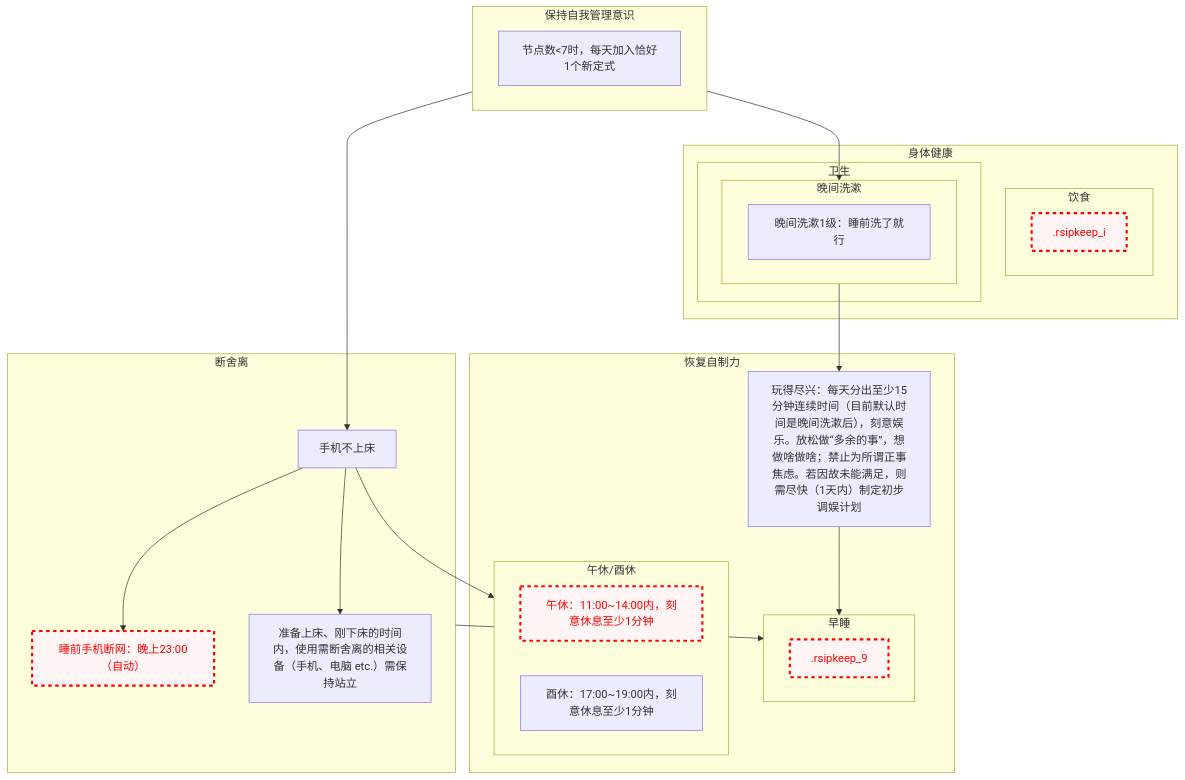
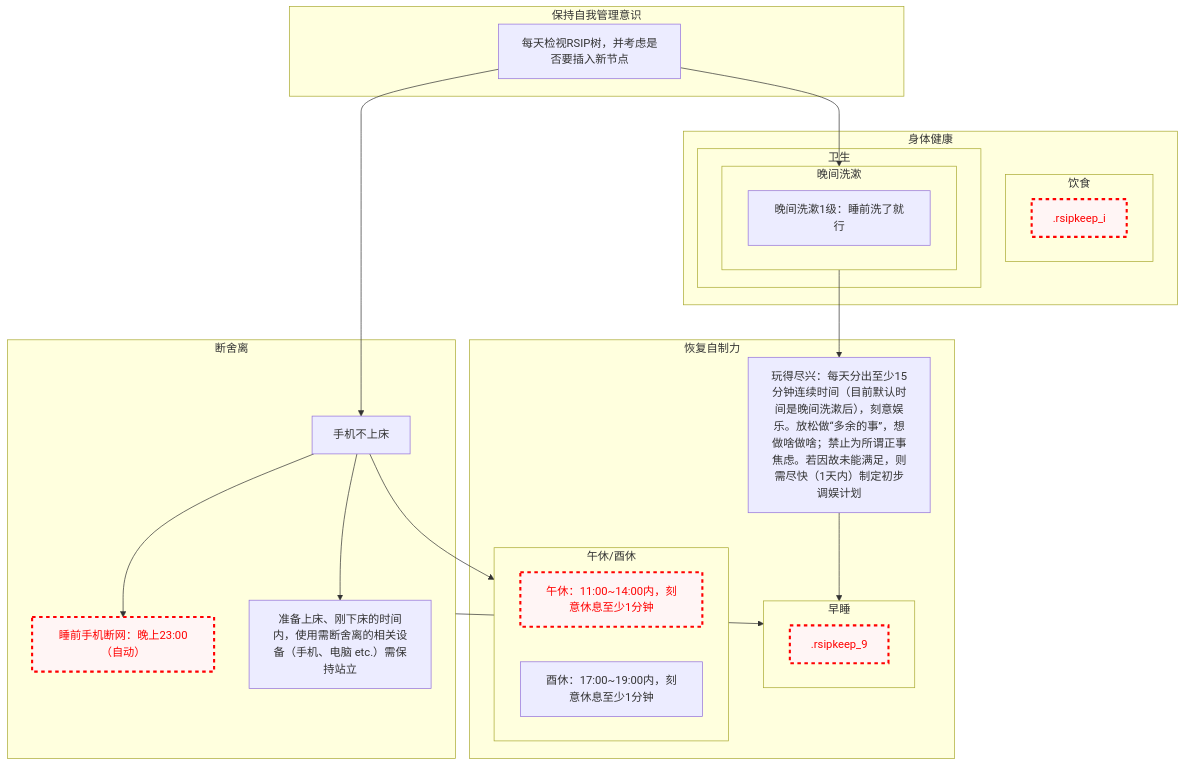
One commit to Ethkuil/RSIP-tree changed the diagram in README.md. Above: the diagram before and after it, drawn with Mermaid.

Commit message:
rename 0[每天检视RSIP树，并考虑是否要插入新节点]

````diff
--- a/README.md
+++ b/README.md
@@ -9,47 +9,47 @@
 ```mermaid
 graph TD
 
 classDef failed stroke:#ff0000, stroke-width:3px, color:#ff0000, fill:#fff5f5, stroke-dasharray: 5
 
 subgraph 5[保持自我管理意识]
-  0[节点数<7时，每天加入恰好1个新定式]
+  0[每天检视RSIP树，并考虑是否要插入新节点]
 end
-5 --> 1
-5 --> 6
+0 --> 1
+0 --> 6
 
 subgraph d[断舍离]
   1[手机不上床]
   1 --> e[睡前手机断网：晚上23:00（自动）]
   class e failed
   1 --> l[准备上床、刚下床的时间内，使用需断舍离的相关设备（手机、电脑 etc.）需保持站立]
 end
 
 subgraph g[身体健康]
   subgraph h[卫生]
     subgraph 6[晚间洗漱]
       b[晚间洗漱1级：睡前洗了就行]
     end
   end
   subgraph i[饮食]
     .rsipkeep_i
     class .rsipkeep_i failed
   end
 end
 
 1 --> 2
 d --> 9
 6 --> 8
 subgraph f[恢复自制力]
   subgraph 2[午休/酉休]
     j[午休：11:00~14:00内，刻意休息至少1分钟]
     k[酉休：17:00~19:00内，刻意休息至少1分钟]
     class j failed
   end
   8[玩得尽兴：每天分出至少15分钟连续时间（目前默认时间是晚间洗漱后），刻意娱乐。放松做“多余的事”，想做啥做啥；禁止为所谓正事焦虑。若因故未能满足，则需尽快（1天内）制定初步调娱计划]
   8 --> 9
   subgraph 9[早睡]
     .rsipkeep_9
     class .rsipkeep_9 failed
   end
 end
 ```
````
